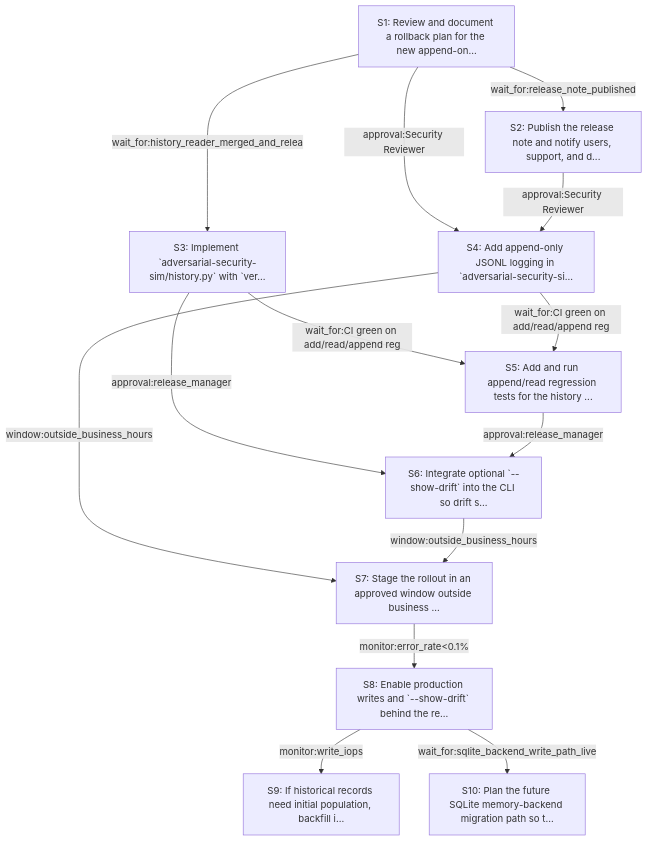
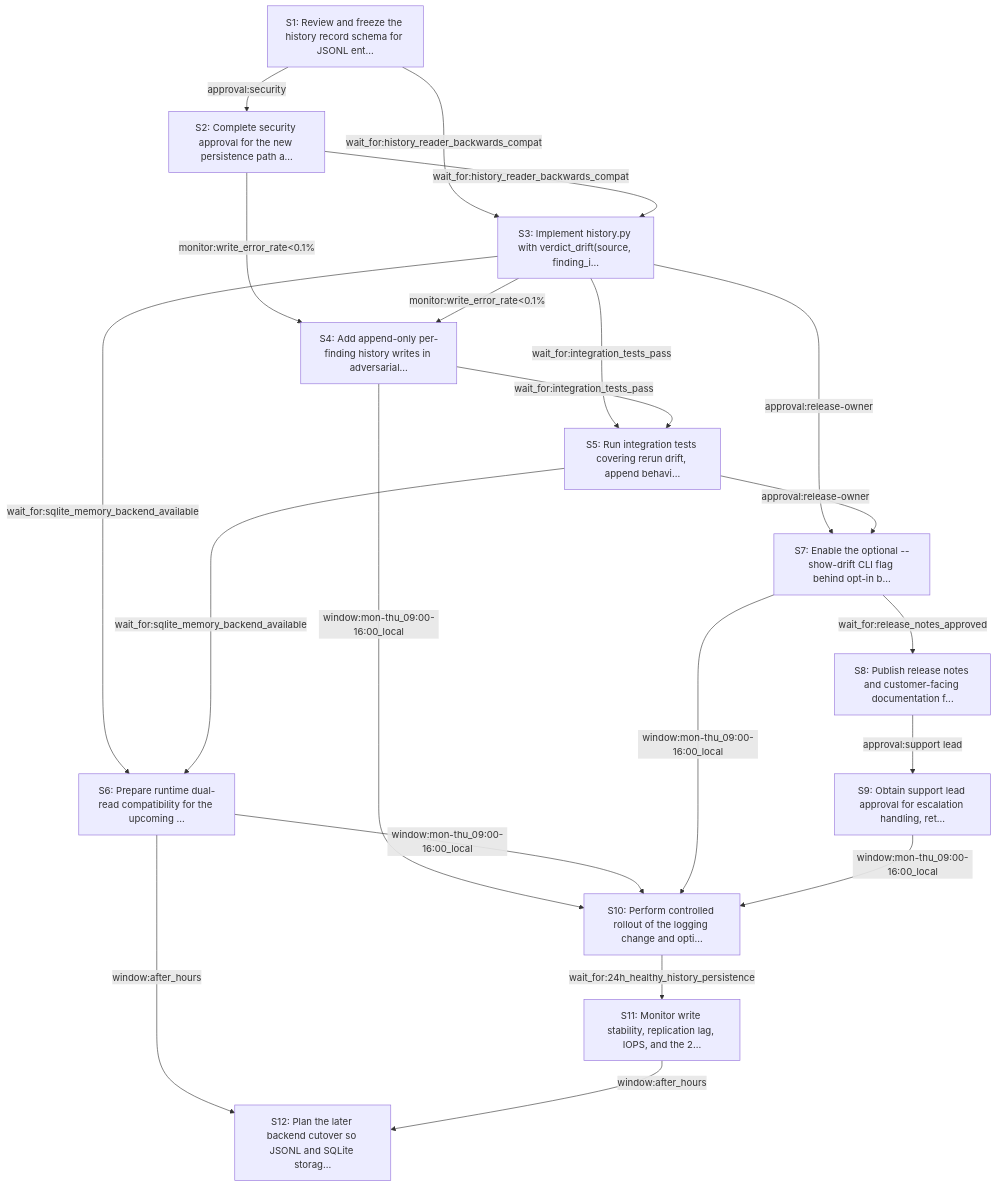
The diagram in rollout-rehearsal/reports/intent_adversarial_findings_history.md (N3mes1s/Playground), drawn with Mermaid before and after one commit. The commit also changed other lines of this file and 28 other files, not shown here.

````diff
--- a/rollout-rehearsal/reports/intent_adversarial_findings_history.md
+++ b/rollout-rehearsal/reports/intent_adversarial_findings_history.md
@@ -59,26 +61,35 @@
 ```mermaid
 flowchart TD
-    S1["S1: Review and document a rollback plan for the new append-on..."]
-    S2["S2: Publish the release note and notify users, support, and d..."]
-    S1 -->|wait_for:release_note_published| S2
-    S3["S3: Implement `adversarial-security-sim/history.py` with `ver..."]
-    S1 -->|wait_for:history_reader_merged_and_relea| S3
-    S4["S4: Add append-only JSONL logging in `adversarial-security-si..."]
-    S1 -->|approval:Security Reviewer| S4
-    S2 -->|approval:Security Reviewer| S4
-    S5["S5: Add and run append/read regression tests for the history ..."]
-    S3 -->|wait_for:CI green on add/read/append reg| S5
-    S4 -->|wait_for:CI green on add/read/append reg| S5
-    S6["S6: Integrate optional `--show-drift` into the CLI so drift s..."]
-    S3 -->|approval:release_manager| S6
-    S5 -->|approval:release_manager| S6
-    S7["S7: Stage the rollout in an approved window outside business ..."]
-    S4 -->|window:outside_business_hours| S7
-    S6 -->|window:outside_business_hours| S7
-    S8["S8: Enable production writes and `--show-drift` behind the re..."]
-    S7 -->|monitor:error_rate<0.1%| S8
-    S9["S9: If historical records need initial population, backfill i..."]
-    S8 -->|monitor:write_iops<baseline+20%| S9
-    S10["S10: Plan the future SQLite memory-backend migration path so t..."]
-    S8 -->|wait_for:sqlite_backend_write_path_live| S10
+    S1["S1: Review and freeze the history record schema for JSONL ent..."]
+    S2["S2: Complete security approval for the new persistence path a..."]
+    S1 -->|approval:security| S2
+    S3["S3: Implement history.py with verdict_drift(source, finding_i..."]
+    S1 -->|wait_for:history_reader_backwards_compat| S3
+    S2 -->|wait_for:history_reader_backwards_compat| S3
+    S4["S4: Add append-only per-finding history writes in adversarial..."]
+    S2 -->|monitor:write_error_rate<0.1%| S4
+    S3 -->|monitor:write_error_rate<0.1%| S4
+    S5["S5: Run integration tests covering rerun drift, append behavi..."]
+    S3 -->|wait_for:integration_tests_pass| S5
+    S4 -->|wait_for:integration_tests_pass| S5
+    S6["S6: Prepare runtime dual-read compatibility for the upcoming ..."]
+    S3 -->|wait_for:sqlite_memory_backend_available| S6
+    S5 -->|wait_for:sqlite_memory_backend_available| S6
+    S7["S7: Enable the optional --show-drift CLI flag behind opt-in b..."]
+    S3 -->|approval:release-owner| S7
+    S5 -->|approval:release-owner| S7
+    S8["S8: Publish release notes and customer-facing documentation f..."]
+    S7 -->|wait_for:release_notes_approved| S8
+    S9["S9: Obtain support lead approval for escalation handling, ret..."]
+    S8 -->|approval:support lead| S9
+    S10["S10: Perform controlled rollout of the logging change and opti..."]
+    S4 -->|window:mon-thu_09:00-16:00_local| S10
+    S6 -->|window:mon-thu_09:00-16:00_local| S10
+    S7 -->|window:mon-thu_09:00-16:00_local| S10
+    S9 -->|window:mon-thu_09:00-16:00_local| S10
+    S11["S11: Monitor write stability, replication lag, IOPS, and the 2..."]
+    S10 -->|wait_for:24h_healthy_history_persistence| S11
+    S12["S12: Plan the later backend cutover so JSONL and SQLite storag..."]
+    S6 -->|window:after_hours| S12
+    S11 -->|window:after_hours| S12
 ```
````
